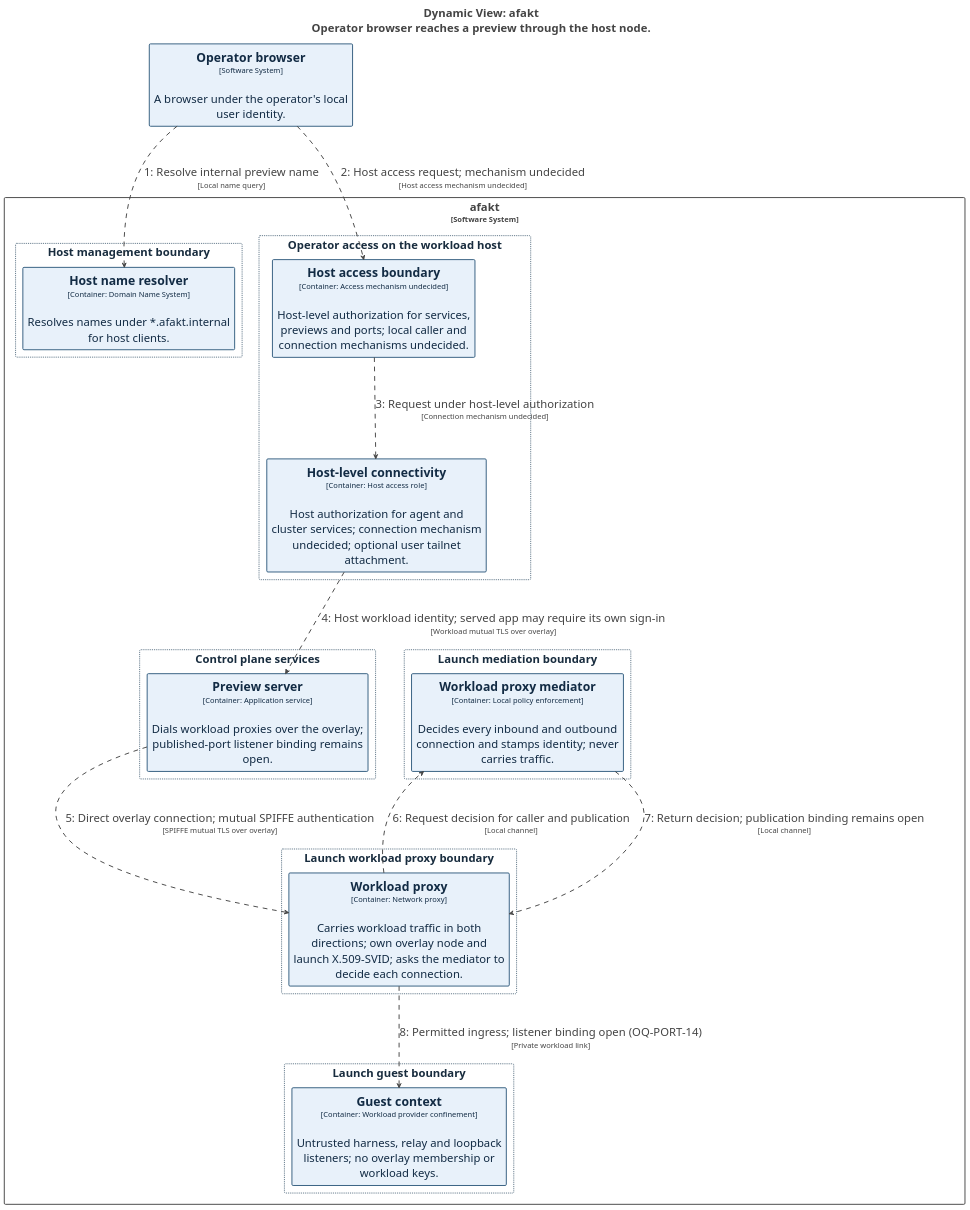
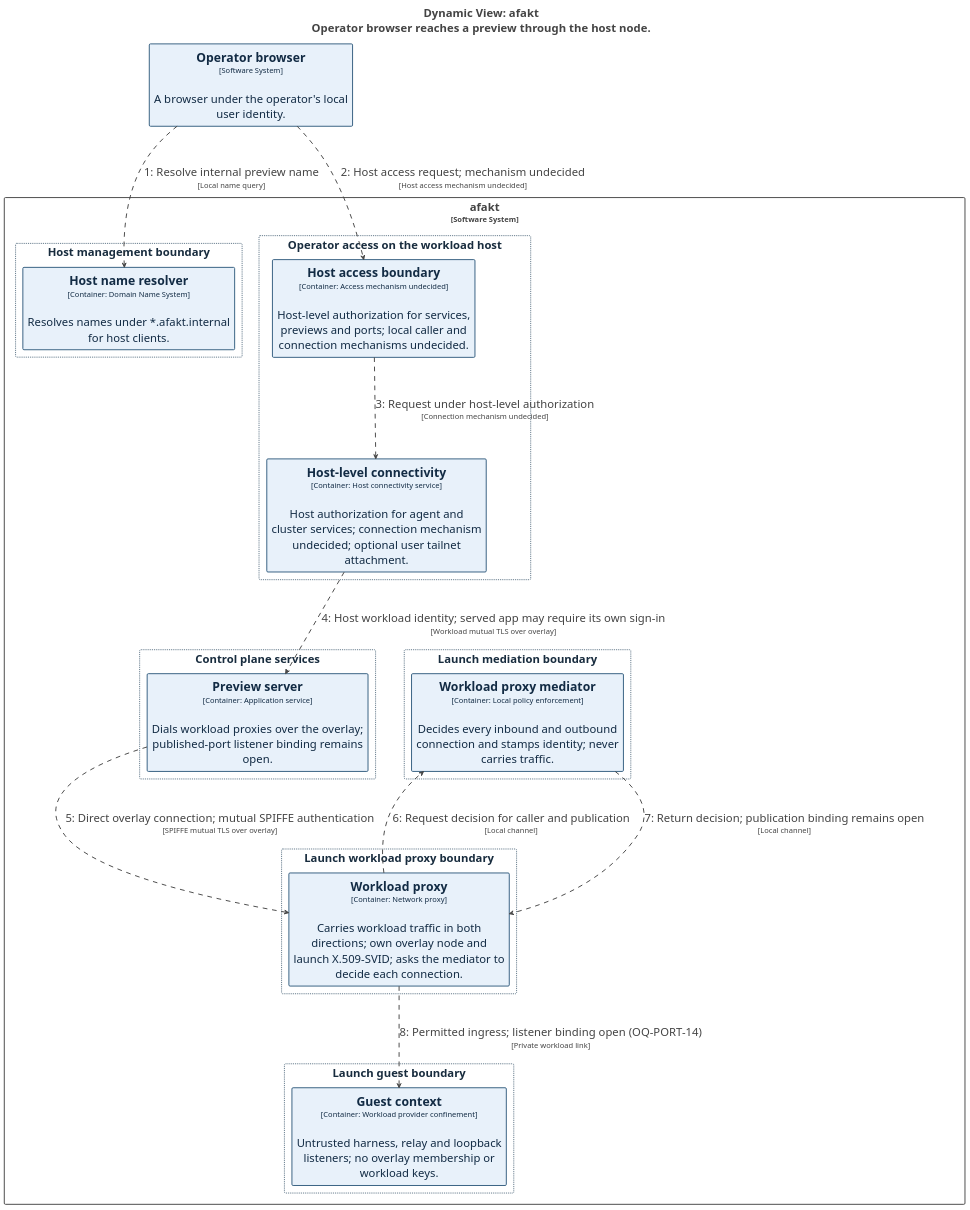
Before and after one commit to tbhb-dev/afakt: the diagram in docs/diagrams/structurizr-network-flow-preview.puml, drawn with PlantUML. The commit also changed 40 other files, not shown here.

```diff
--- a/docs/diagrams/structurizr-network-flow-preview.puml
+++ b/docs/diagrams/structurizr-network-flow-preview.puml
@@ -1,159 +1,159 @@
 @startuml
 title <size:24>Dynamic View: afakt</size>\n<size:24>Operator browser reaches a preview through the host node.</size>
 
 set separator none
 top to bottom direction
 skinparam ranksep 20
 skinparam nodesep 5
 hide stereotype
 
 skinparam {
   nodesep 80
   ranksep 160
 }
 
 <style>
   root {
     BackgroundColor: #ffffff;
     FontColor: #444444;
   }
   // Element,Topology
   .Element-RWxlbWVudCxUb3BvbG9neQ== {
     BackgroundColor: #e8f1fa;
     LineColor: #315b7d;
     LineStyle: 0;
     LineThickness: 2;
     FontColor: #122b44;
     FontSize: 24;
     HorizontalAlignment: center;
     Shadowing: 0;
     MaximumWidth: 450;
   }
   // Relationship
   .Relationship-UmVsYXRpb25zaGlw {
     LineThickness: 2;
     LineStyle: 10-10;
     LineColor: #444444;
     FontColor: #444444;
     FontSize: 24;
     MaximumWidth: 200;
   }
   // afakt
   .Boundary-YWZha3Q= {
     BackgroundColor: #ffffff;
     LineColor: #444444;
     LineStyle: 0;
     LineThickness: 2;
     FontColor: #444444;
     FontSize: 24;
     HorizontalAlignment: center;
     Shadowing: 0;
   }
   // Control plane services
   .Group-Q29udHJvbCBwbGFuZSBzZXJ2aWNlcw== {
     BackgroundColor: #ffffff;
     LineColor: #536b7e;
     LineStyle: 2-2;
     LineThickness: 2;
     FontColor: #182c3e;
     FontSize: 24;
     HorizontalAlignment: center;
     Shadowing: 0;
   }
   // Host management boundary
   .Group-SG9zdCBtYW5hZ2VtZW50IGJvdW5kYXJ5 {
     BackgroundColor: #ffffff;
     LineColor: #536b7e;
     LineStyle: 2-2;
     LineThickness: 2;
     FontColor: #182c3e;
     FontSize: 24;
     HorizontalAlignment: center;
     Shadowing: 0;
   }
   // Launch guest boundary
   .Group-TGF1bmNoIGd1ZXN0IGJvdW5kYXJ5 {
     BackgroundColor: #ffffff;
     LineColor: #536b7e;
     LineStyle: 2-2;
     LineThickness: 2;
     FontColor: #182c3e;
     FontSize: 24;
     HorizontalAlignment: center;
     Shadowing: 0;
   }
   // Launch mediation boundary
   .Group-TGF1bmNoIG1lZGlhdGlvbiBib3VuZGFyeQ== {
     BackgroundColor: #ffffff;
     LineColor: #536b7e;
     LineStyle: 2-2;
     LineThickness: 2;
     FontColor: #182c3e;
     FontSize: 24;
     HorizontalAlignment: center;
     Shadowing: 0;
   }
   // Launch workload proxy boundary
   .Group-TGF1bmNoIHdvcmtsb2FkIHByb3h5IGJvdW5kYXJ5 {
     BackgroundColor: #ffffff;
     LineColor: #536b7e;
     LineStyle: 2-2;
     LineThickness: 2;
     FontColor: #182c3e;
     FontSize: 24;
     HorizontalAlignment: center;
     Shadowing: 0;
   }
   // Operator access on the workload host
   .Group-T3BlcmF0b3IgYWNjZXNzIG9uIHRoZSB3b3JrbG9hZCBob3N0 {
     BackgroundColor: #ffffff;
     LineColor: #536b7e;
     LineStyle: 2-2;
     LineThickness: 2;
     FontColor: #182c3e;
     FontSize: 24;
     HorizontalAlignment: center;
     Shadowing: 0;
   }
 </style>
 
 rectangle "afakt\n<size:16>[Software System]</size>" <<Boundary-YWZha3Q=>> {
   rectangle "Control plane services" <<Group-Q29udHJvbCBwbGFuZSBzZXJ2aWNlcw==>> as group10 {
     rectangle "==Preview server\n<size:16>[Container: Application service]</size>\n\nDials workload proxies over the overlay; published-port listener binding remains open." <<Element-RWxlbWVudCxUb3BvbG9neQ==>> as afakt.Previewserver
   }
 
   rectangle "Host management boundary" <<Group-SG9zdCBtYW5hZ2VtZW50IGJvdW5kYXJ5>> as group11 {
     rectangle "==Host name resolver\n<size:16>[Container: Domain Name System]</size>\n\nResolves names under *.afakt.internal for host clients." <<Element-RWxlbWVudCxUb3BvbG9neQ==>> as afakt.Hostnameresolver
   }
 
   rectangle "Launch guest boundary" <<Group-TGF1bmNoIGd1ZXN0IGJvdW5kYXJ5>> as group12 {
     rectangle "==Guest context\n<size:16>[Container: Workload provider confinement]</size>\n\nUntrusted harness, relay and loopback listeners; no overlay membership or workload keys." <<Element-RWxlbWVudCxUb3BvbG9neQ==>> as afakt.Guestcontext
   }
 
   rectangle "Launch mediation boundary" <<Group-TGF1bmNoIG1lZGlhdGlvbiBib3VuZGFyeQ==>> as group13 {
     rectangle "==Workload proxy mediator\n<size:16>[Container: Local policy enforcement]</size>\n\nDecides every inbound and outbound connection and stamps identity; never carries traffic." <<Element-RWxlbWVudCxUb3BvbG9neQ==>> as afakt.Workloadproxymediator
   }
 
   rectangle "Launch workload proxy boundary" <<Group-TGF1bmNoIHdvcmtsb2FkIHByb3h5IGJvdW5kYXJ5>> as group14 {
     rectangle "==Workload proxy\n<size:16>[Container: Network proxy]</size>\n\nCarries workload traffic in both directions; own overlay node and launch X.509-SVID; asks the mediator to decide each connection." <<Element-RWxlbWVudCxUb3BvbG9neQ==>> as afakt.Workloadproxy
   }
 
   rectangle "Operator access on the workload host" <<Group-T3BlcmF0b3IgYWNjZXNzIG9uIHRoZSB3b3JrbG9hZCBob3N0>> as group15 {
     rectangle "==Host access boundary\n<size:16>[Container: Access mechanism undecided]</size>\n\nHost-level authorization for services, previews and ports; local caller and connection mechanisms undecided." <<Element-RWxlbWVudCxUb3BvbG9neQ==>> as afakt.Hostaccessboundary
-    rectangle "==Host-level connectivity\n<size:16>[Container: Host access role]</size>\n\nHost authorization for agent and cluster services; connection mechanism undecided; optional user tailnet attachment." <<Element-RWxlbWVudCxUb3BvbG9neQ==>> as afakt.Hostlevelconnectivity
+    rectangle "==Host-level connectivity\n<size:16>[Container: Host connectivity service]</size>\n\nHost authorization for agent and cluster services; connection mechanism undecided; optional user tailnet attachment." <<Element-RWxlbWVudCxUb3BvbG9neQ==>> as afakt.Hostlevelconnectivity
   }
 
 }
 
 rectangle "==Operator browser\n<size:16>[Software System]</size>\n\nA browser under the operator's local user identity." <<Element-RWxlbWVudCxUb3BvbG9neQ==>> as Operatorbrowser
 
 Operatorbrowser --> afakt.Hostnameresolver <<Relationship-UmVsYXRpb25zaGlw>> : "1: Resolve internal preview name\n<size:16>[Local name query]</size>"
 Operatorbrowser --> afakt.Hostaccessboundary <<Relationship-UmVsYXRpb25zaGlw>> : "2: Host access request; mechanism undecided\n<size:16>[Host access mechanism undecided]</size>"
 afakt.Hostaccessboundary --> afakt.Hostlevelconnectivity <<Relationship-UmVsYXRpb25zaGlw>> : "3: Request under host-level authorization\n<size:16>[Connection mechanism undecided]</size>"
 afakt.Hostlevelconnectivity --> afakt.Previewserver <<Relationship-UmVsYXRpb25zaGlw>> : "4: Host workload identity; served app may require its own sign-in\n<size:16>[Workload mutual TLS over overlay]</size>"
 afakt.Previewserver --> afakt.Workloadproxy <<Relationship-UmVsYXRpb25zaGlw>> : "5: Direct overlay connection; mutual SPIFFE authentication\n<size:16>[SPIFFE mutual TLS over overlay]</size>"
 afakt.Workloadproxy --> afakt.Workloadproxymediator <<Relationship-UmVsYXRpb25zaGlw>> : "6: Request decision for caller and publication\n<size:16>[Local channel]</size>"
 afakt.Workloadproxymediator --> afakt.Workloadproxy <<Relationship-UmVsYXRpb25zaGlw>> : "7: Return decision; publication binding remains open\n<size:16>[Local channel]</size>"
 afakt.Workloadproxy --> afakt.Guestcontext <<Relationship-UmVsYXRpb25zaGlw>> : "8: Permitted ingress; listener binding open (OQ-PORT-14)\n<size:16>[Private workload link]</size>"
 
 @enduml
```
